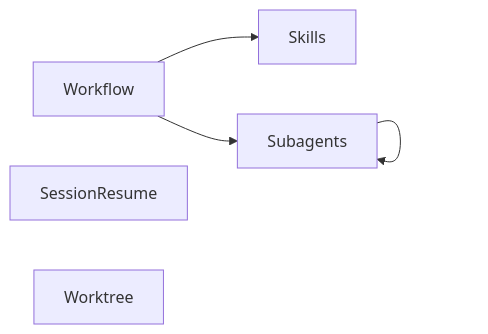
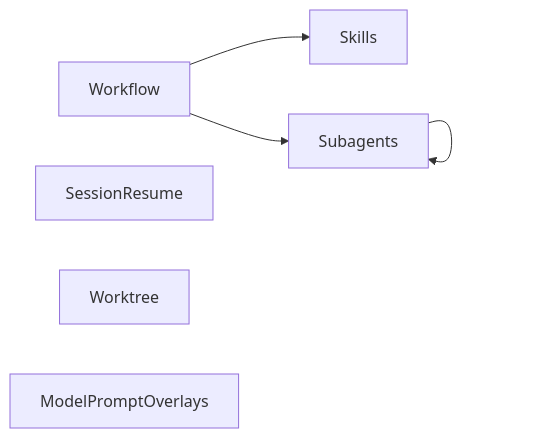
Before and after one commit to alennartz/my-pi: the first of 2 diagrams in codemap.md, drawn with Mermaid. The commit also changed other lines of this file and 4 other files, not shown here.

Commit message:
cleanup: model-aware-prompt-overlays - decision record, codemap update, artifact removal

````diff
--- a/codemap.md
+++ b/codemap.md
@@ -7,8 +7,9 @@
 ```mermaid
 graph LR
   Workflow --> Skills
   Workflow --> Subagents
   Subagents --> Subagents
   SessionResume
   Worktree
+  ModelPromptOverlays
 ```
````
